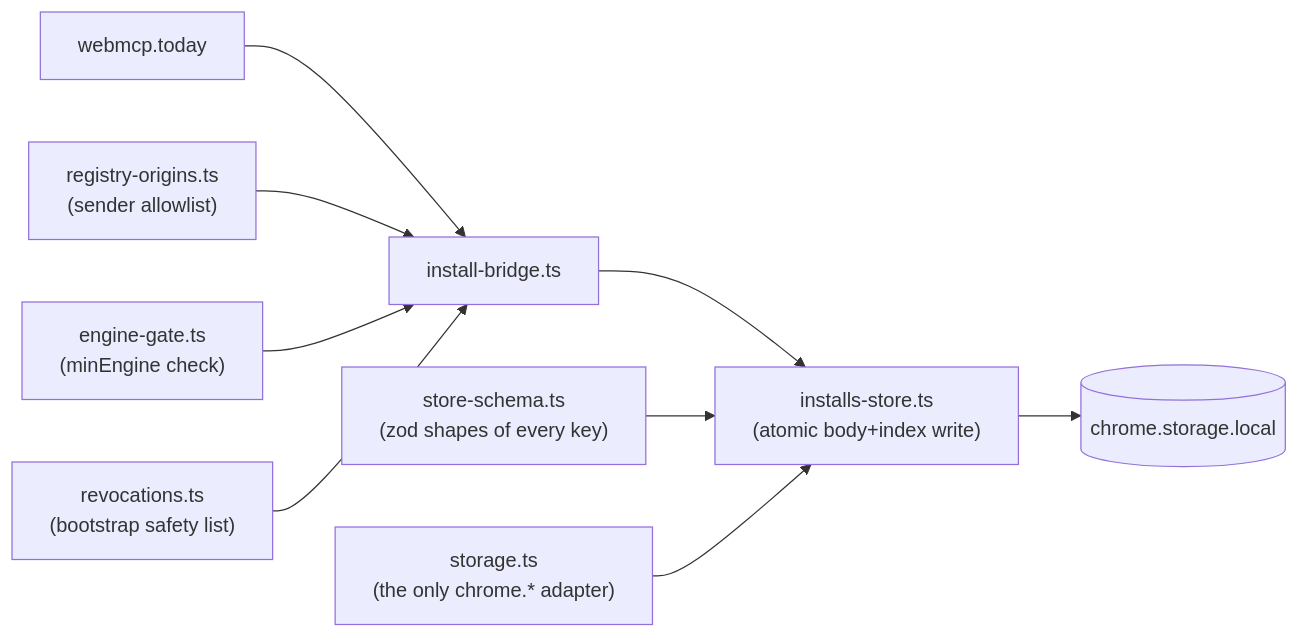
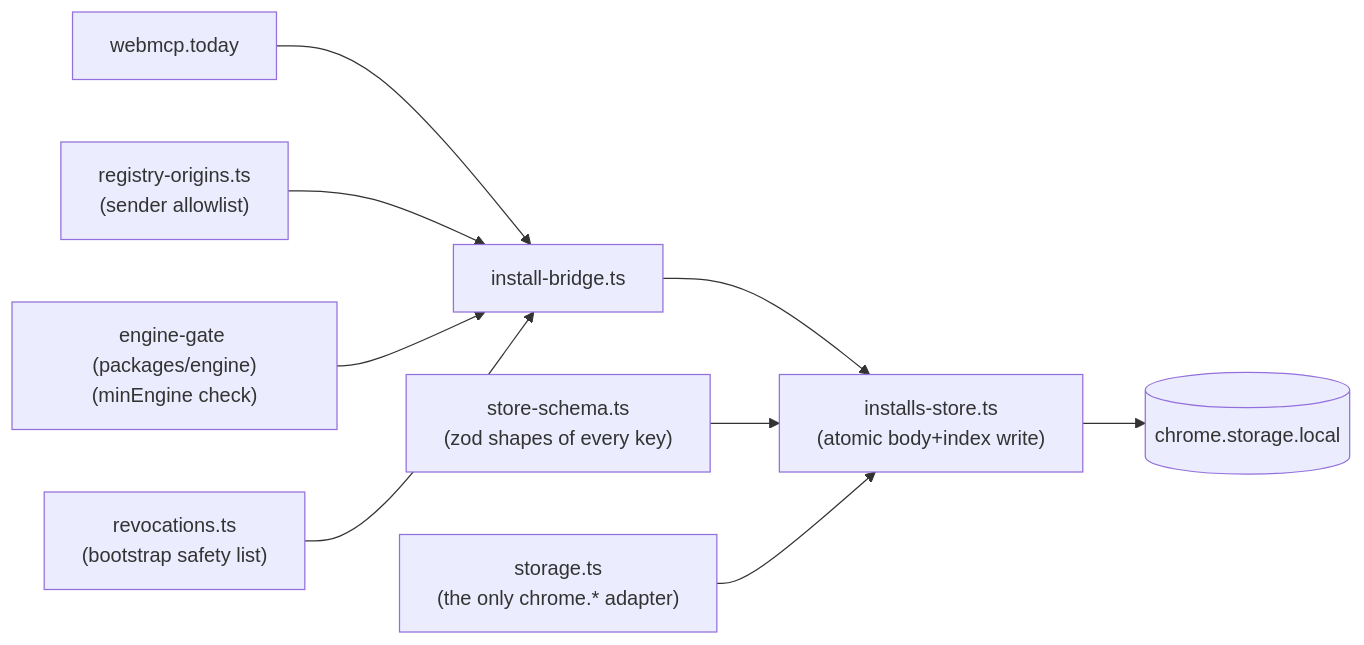
One commit to robertn702/webmcp-today changed the second of 5 diagrams in apps/extension/ARCHITECTURE.md. Above: the diagram before and after it, drawn with Mermaid. The commit also changed other lines of this file and 25 other files, not shown here.

First line of the commit message:
refactor: extract API execution engine into packages/engine (MIT)

````diff
--- a/apps/extension/ARCHITECTURE.md
+++ b/apps/extension/ARCHITECTURE.md
@@ -72,11 +72,11 @@
 ```mermaid
 flowchart LR
     SITE["webmcp.today"] --> BRIDGE["install-bridge.ts"]
     ORIGINS["registry-origins.ts<br/>(sender allowlist)"] --> BRIDGE
-    GATE["engine-gate.ts<br/>(minEngine check)"] --> BRIDGE
+    GATE["engine-gate (packages/engine)<br/>(minEngine check)"] --> BRIDGE
     REV["revocations.ts<br/>(bootstrap safety list)"] --> BRIDGE
     BRIDGE --> STORE["installs-store.ts<br/>(atomic body+index write)"]
     STORE --> ST[("chrome.storage.local")]
     SCHEMA["store-schema.ts<br/>(zod shapes of every key)"] --> STORE
     ADAPTER["storage.ts<br/>(the only chrome.* adapter)"] --> STORE
 ```
````
